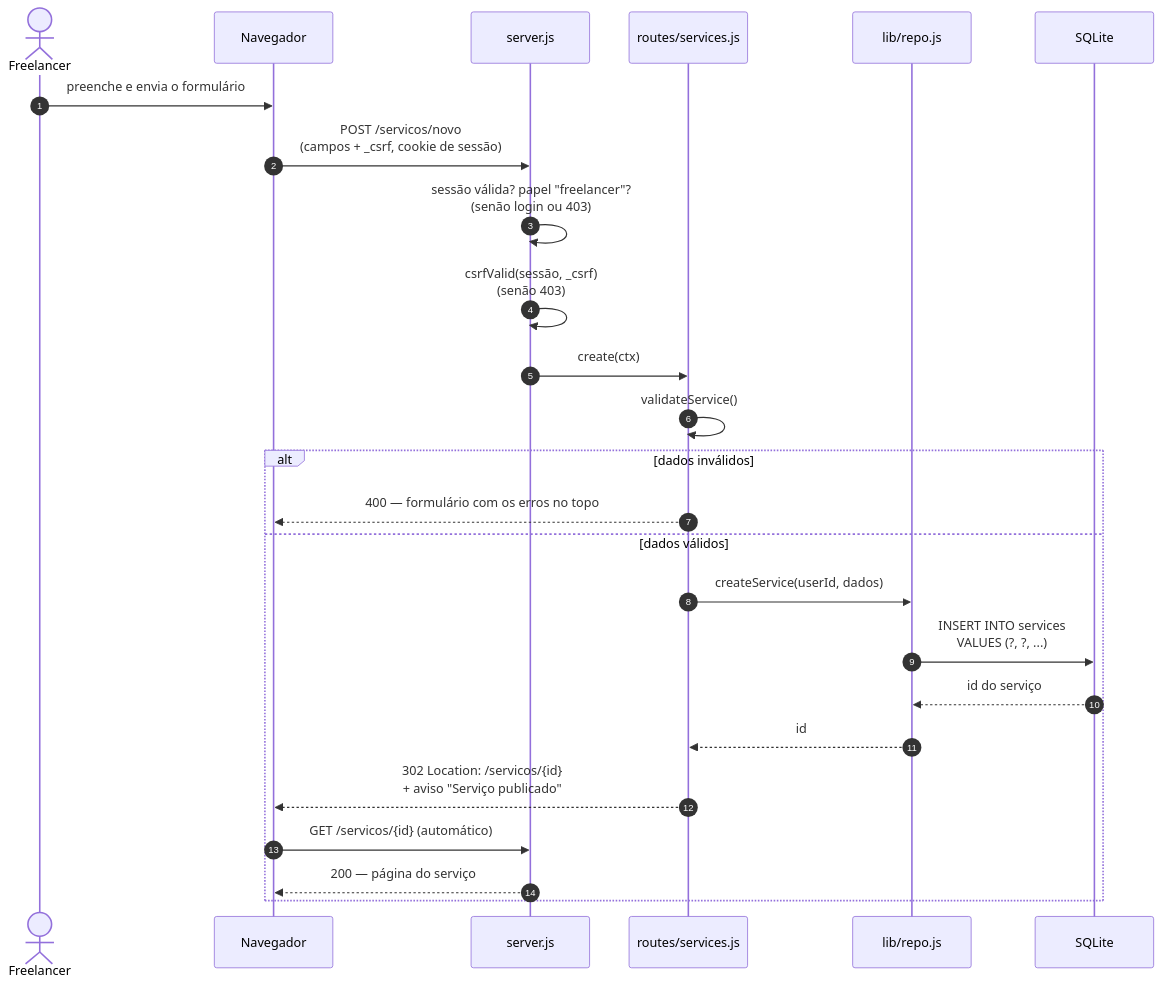
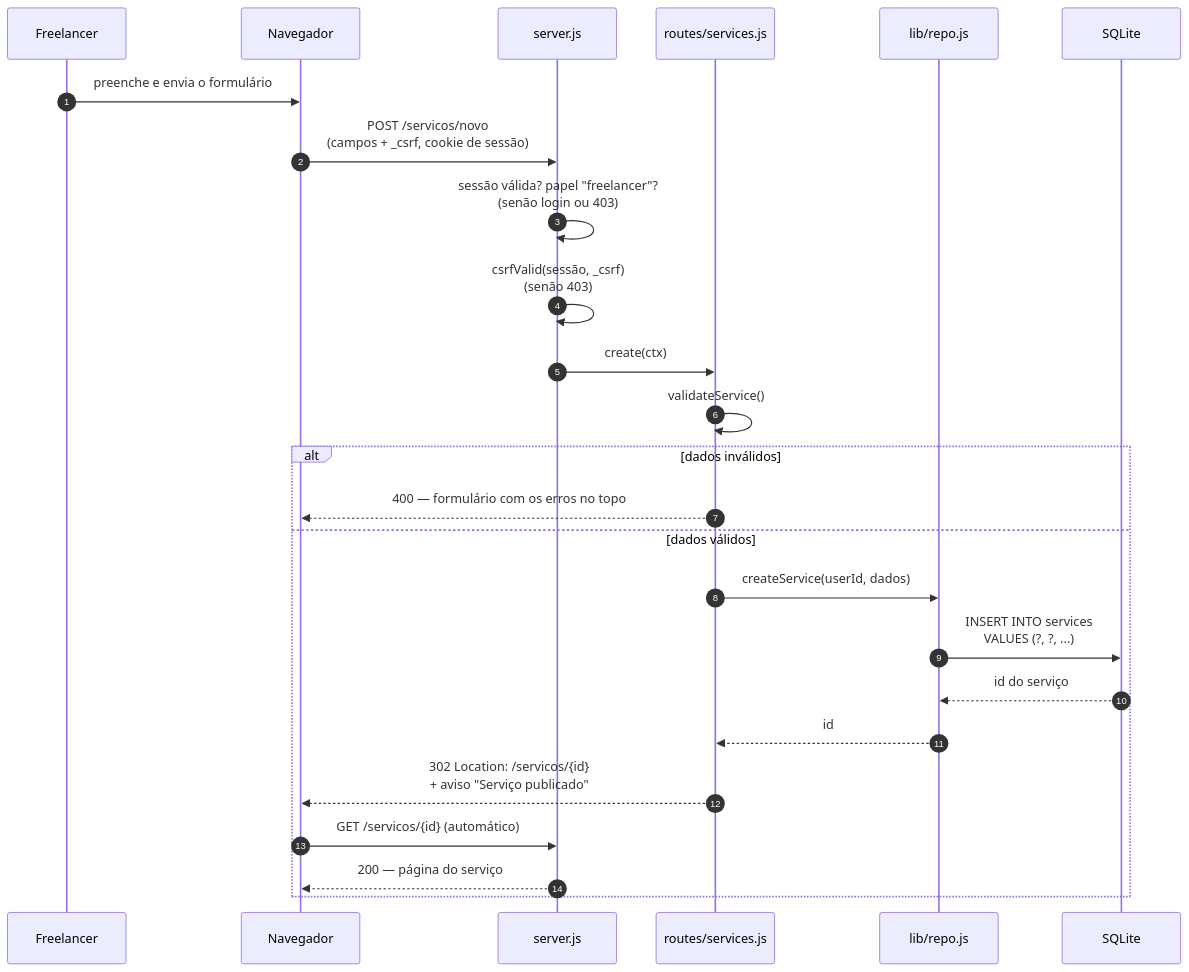
One commit to bygabrielly/nexo-repo changed the diagram in diagramas/src/seq-publicar.mmd. Above: the diagram before and after it, drawn with Mermaid. The commit also changed 34 other files, not shown here.

Commit message:
Diagramas refeitos e fontes locais

```diff
--- a/diagramas/src/seq-publicar.mmd
+++ b/diagramas/src/seq-publicar.mmd
@@ -1,25 +1,25 @@
 sequenceDiagram
   autonumber
-  actor F as Freelancer
+  participant F as Freelancer
   participant N as Navegador
   participant S as server.js
   participant R as routes/services.js
   participant D as lib/repo.js
   participant B as SQLite
   F->>N: preenche e envia o formulário
   N->>S: POST /servicos/novo<br/>(campos + _csrf, cookie de sessão)
   S->>S: sessão válida? papel "freelancer"?<br/>(senão login ou 403)
   S->>S: csrfValid(sessão, _csrf)<br/>(senão 403)
   S->>R: create(ctx)
   R->>R: validateService()
   alt dados inválidos
     R-->>N: 400 — formulário com os erros no topo
   else dados válidos
     R->>D: createService(userId, dados)
     D->>B: INSERT INTO services<br/>VALUES (?, ?, ...)
     B-->>D: id do serviço
     D-->>R: id
     R-->>N: 302 Location: /servicos/{id}<br/>+ aviso "Serviço publicado"
     N->>S: GET /servicos/{id} (automático)
     S-->>N: 200 — página do serviço
   end
```
